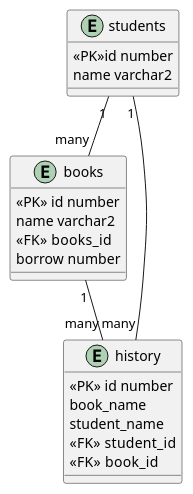
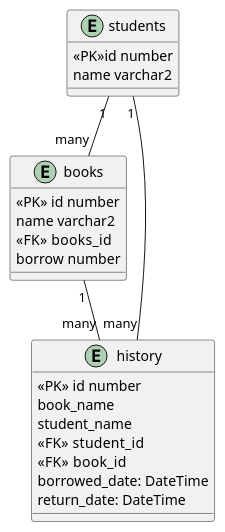
One commit to setayesh-etemadi/library_project changed the diagram in folder-documentation/test.wsd. Above: the diagram before and after it, drawn with PlantUML.

```diff
--- a/folder-documentation/test.wsd
+++ b/folder-documentation/test.wsd
@@ -1,26 +1,28 @@
 @startuml db
 entity students{
 <<PK>>id number
 name varchar2
 } 
 
 entity books{
 <<PK>> id number
 name varchar2
 <<FK>>  books_id
 borrow number
 }  
 students "1" -- "many" books
 
 
 entity history{
 <<PK>> id number
 book_name
 student_name
 <<FK>>  student_id
 <<FK>>  book_id
+borrowed_date: DateTime
+return_date: DateTime 
 
 }  
 students "1" -- "many" history
 books "1" -- "many" history
 @enduml
```
